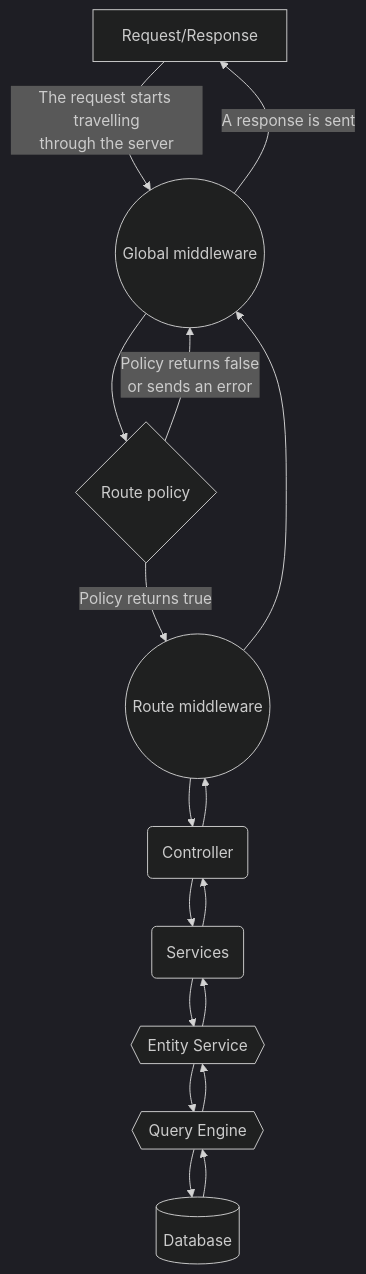
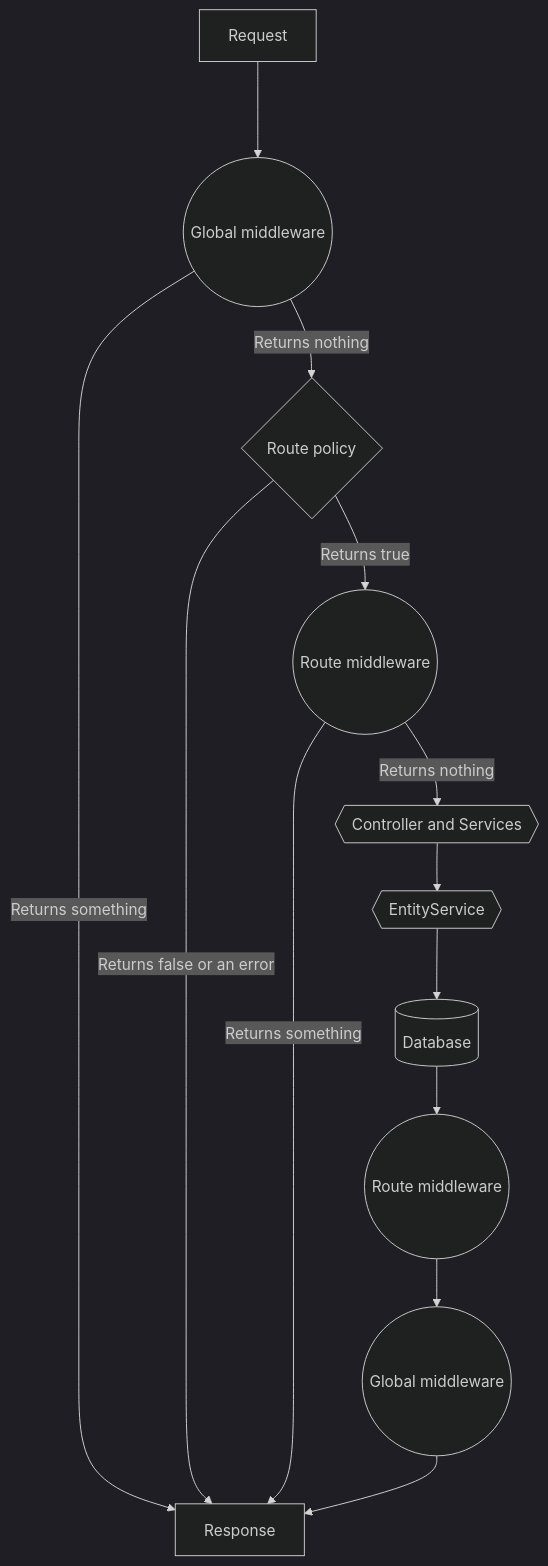
The diagram in docusaurus/docs/dev-docs/backend-customization.md (strapi/documentation), drawn with Mermaid (dark theme) before and after one commit. The commit also changed other lines of this file, not shown here.

Commit message:
Update graph in and make it top to bottom

````diff
--- a/docusaurus/docs/dev-docs/backend-customization.md
+++ b/docusaurus/docs/dev-docs/backend-customization.md
@@ -36,27 +35,15 @@
 ```mermaid
-flowchart TD
-    requestResponse[Request/Response] -- The request starts travelling<br/>through the server --> globalMiddleware((Global middleware))
-    globalMiddleware -- A response is sent --> requestResponse
-    globalMiddleware --> routePolicy{Route policy}
-    routePolicy -- Policy returns true --> routeMiddleware((Route middleware)) 
-    routePolicy -- Policy returns false <br/>or sends an error --> globalMiddleware
-    routeMiddleware --> controller(Controller)
-    routeMiddleware --> globalMiddleware
-    controller --> routeMiddleware
-    controller --> services(Services)
-    services --> controller
-    services --> entityService{{Entity Service}}
-    entityService --> queryEngine{{Query Engine}}
-    entityService --> services
-    queryEngine --> database[(Database)]
-    queryEngine --> entityService
-    database --> queryEngine
-    click requestResponse "/dev-docs/backend-customization/requests" "Click to read the requests & responses documentation"
-    click globalMiddleware "/dev-docs/backend-customization/middlewares"
-    click routePolicy "/dev-docs/backend-customization/policies"
-    click routeMiddleware "/dev-docs/backend-customization/routes"
-    click controller "/dev-docs/backend-customization/controller"
-    click services "/dev-docs/backend-customization/services"
-    click entityService "/dev-docs/api/entity-service"
-    click queryEngine "/dev-docs/api/query-engine/"
+graph
+    requestFromUser[Request] ---> globalMiddlewareA((Global middleware))
+    globalMiddlewareA --Returns nothing--> routePolicy{Route policy}
+    globalMiddlewareA --Returns something-->reponse
+    routePolicy --Returns true--> routeMiddlewareA((Route middleware))
+    routePolicy --Returns false or an error-->reponse
+    routeMiddlewareA --Returns something-->reponse
+    routeMiddlewareA --Returns nothing--> controllerServices{{Controller and Services}}
+    controllerServices --> entityService{{EntityService}}
+    entityService --> database[(Database)]
+    database --> routeMiddlewareB((Route middleware))
+    routeMiddlewareB --> globalMiddlewareB((Global middleware))
+    globalMiddlewareB --> reponse[Response]
 ```
````
